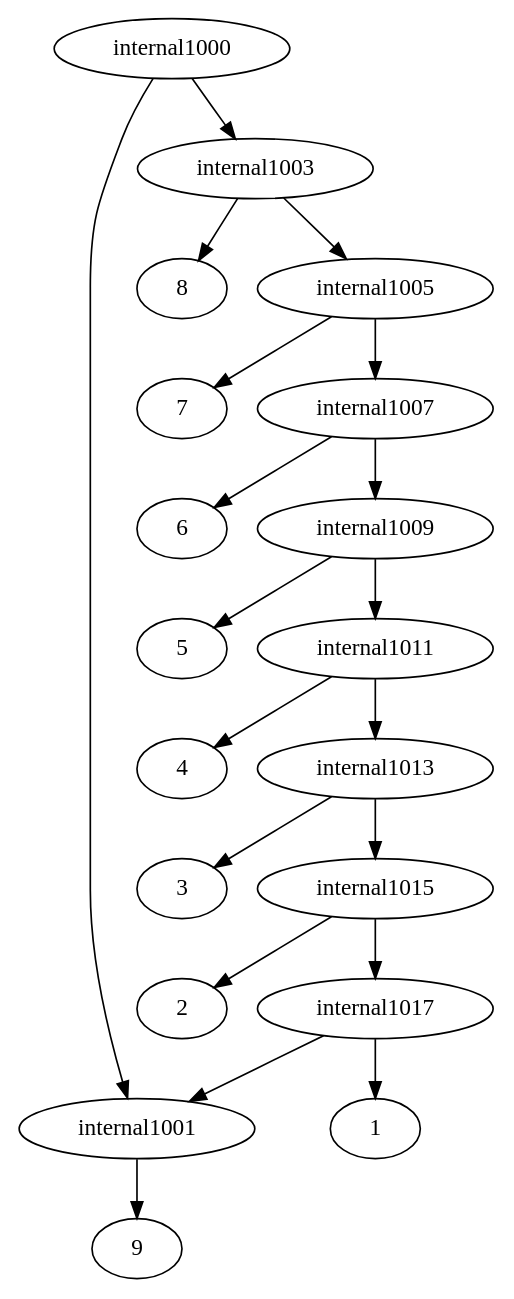
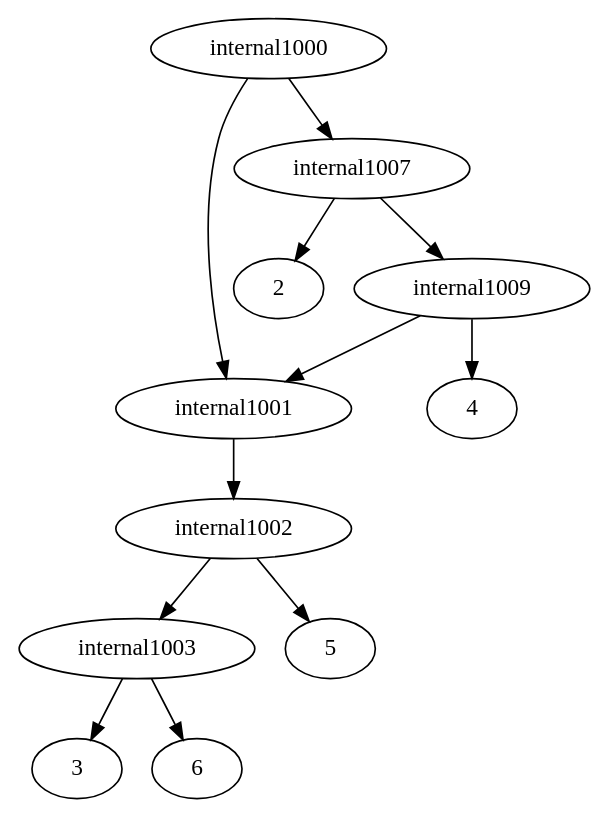
The diagram in New/Server/upload.dot (solislemuslab/phylo-knit), drawn with Graphviz before and after one commit. The commit also changed 17 other files, not shown here.

```diff
--- a/New/Server/upload.dot
+++ b/New/Server/upload.dot
@@ -1,22 +1,18 @@
 strict digraph G1 {
 internal1000 -> internal1001
-internal1000 -> internal1003
-internal1001 -> 9
-internal1003 -> 8
-internal1003 -> internal1005
-internal1005 -> 7
-internal1005 -> internal1007
-internal1007 -> 6
+internal1000 -> internal1007
+internal1001 -> internal1002
+internal1002 -> internal1003
+internal1002 -> 5
+internal1003 -> 3
+internal1003 -> 6
+internal1007 -> 2
 internal1007 -> internal1009
-internal1009 -> 5
-internal1009 -> internal1011
-internal1011 -> 4
-internal1011 -> internal1013
-internal1013 -> 3
-internal1013 -> internal1015
-internal1015 -> 2
-internal1015 -> internal1017
-internal1017 -> 1
-internal1017 -> internal1001
-internal1001 -> 9
+internal1009 -> 4
+internal1009 -> internal1001
+internal1001 -> internal1002
+internal1002 -> internal1003
+internal1002 -> 5
+internal1003 -> 3
+internal1003 -> 6
 }
```
